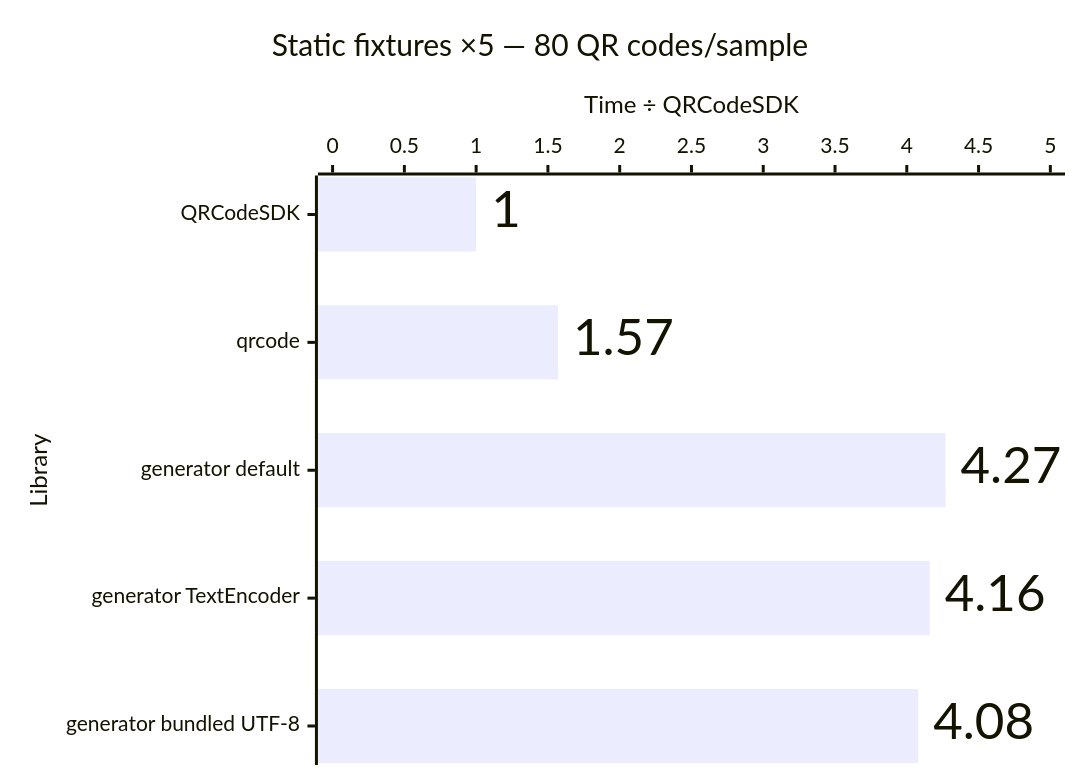
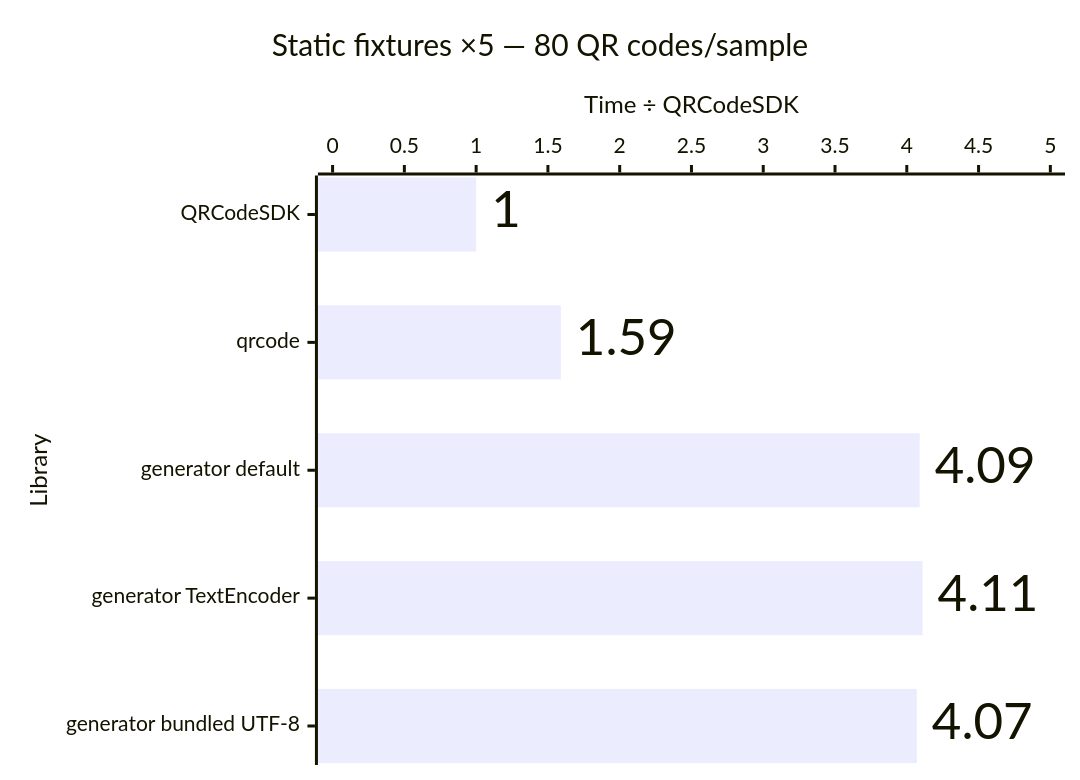
Before and after one commit to Dafnik/qrcodesdk: the second of 12 diagrams in apps/docs/src/content/docs/advanced/performance.md, drawn with Mermaid. The commit also changed other lines of this file and 12 other files, not shown here.

````diff
--- a/apps/docs/src/content/docs/advanced/performance.md
+++ b/apps/docs/src/content/docs/advanced/performance.md
@@ -41,15 +41,15 @@
 ```mermaid
 ---
 config:
   xyChart:
     showDataLabel: true
     showDataLabelOutsideBar: true
 ---
 xychart horizontal
   accTitle: Matrix generation: Static fixtures ×5 — 80 QR codes/sample
-  accDescr: Relative median time compared with QRCodeSDK. QRCodeSDK 1.00 times, qrcode 1.57 times, generator default 4.27 times, generator TextEncoder 4.16 times, generator bundled UTF-8 4.08 times. Lower is better.
+  accDescr: Relative median time compared with QRCodeSDK. QRCodeSDK 1.00 times, qrcode 1.59 times, generator default 4.09 times, generator TextEncoder 4.11 times, generator bundled UTF-8 4.07 times. Lower is better.
   title "Static fixtures ×5 — 80 QR codes/sample"
   x-axis "Library" ["QRCodeSDK", "qrcode", "generator default", "generator TextEncoder", "generator bundled UTF-8"]
   y-axis "Time ÷ QRCodeSDK" 0 --> 5.0
-  bar [1.00, 1.57, 4.27, 4.16, 4.08]
+  bar [1.00, 1.59, 4.09, 4.11, 4.07]
 ```
````
